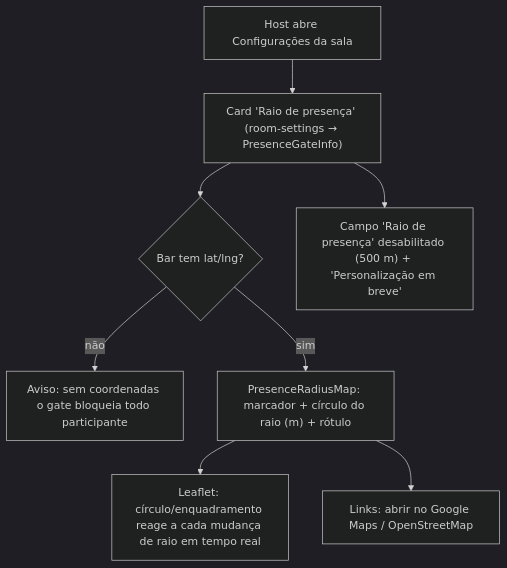
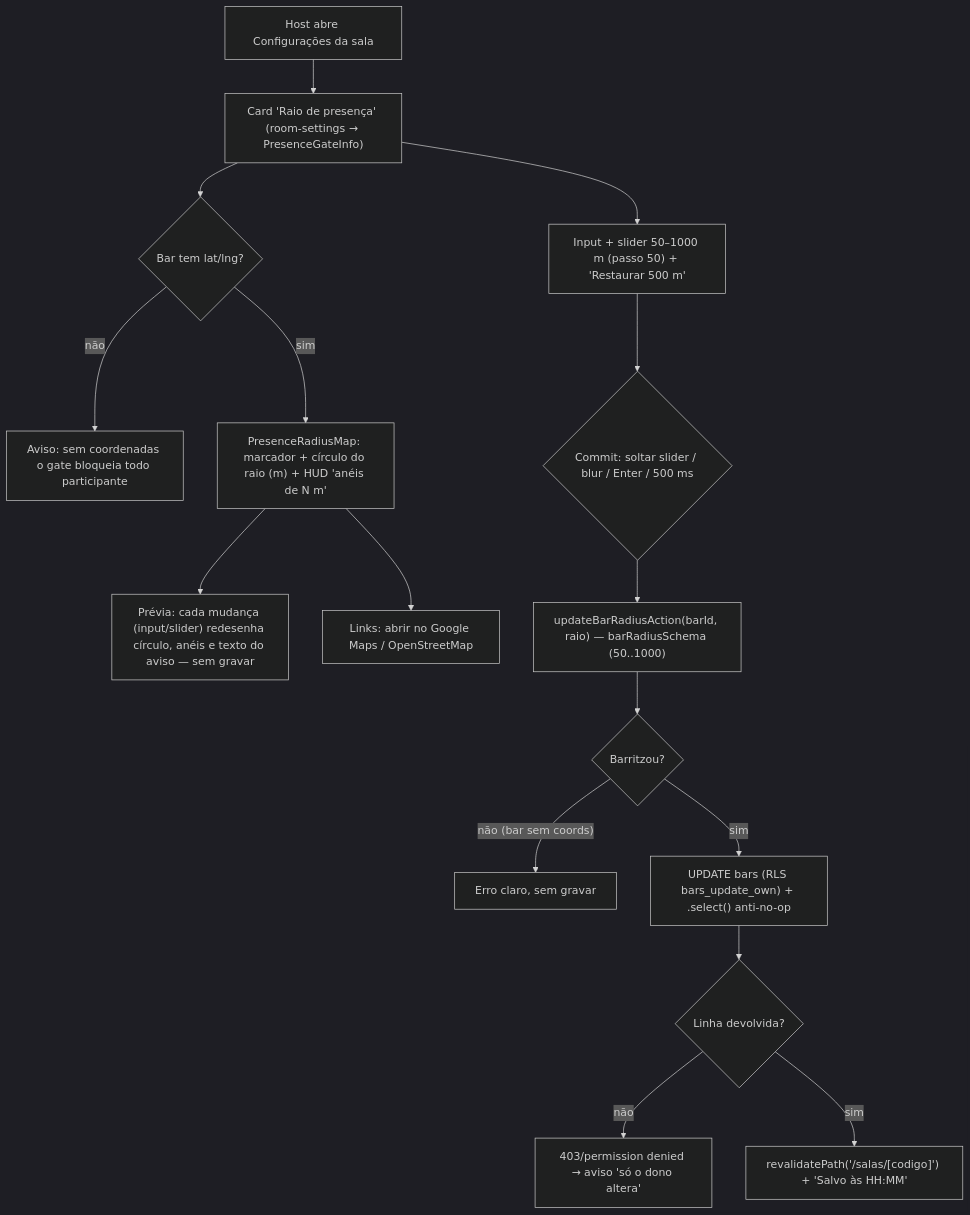
The ninth of 16 diagrams in docs/flows/fluxos-do-sistema.md (cavalcanteprofissional/karaoke-flow), drawn with Mermaid (dark theme) before and after one commit. The commit also changed other lines of this file and 18 other files, not shown here.

First line of the commit message:
feat: raio de presença configurável pelo host + HUD/anéis animados no mapa

````diff
--- a/docs/flows/fluxos-do-sistema.md
+++ b/docs/flows/fluxos-do-sistema.md
@@ -176,10 +176,18 @@
 ```mermaid
 flowchart TD
     A["Host abre Configurações da sala"] --> B["Card 'Raio de presença' (room-settings → PresenceGateInfo)"]
     B --> C{"Bar tem lat/lng?"}
     C -->|não| C1["Aviso: sem coordenadas o gate bloqueia todo participante"]
-    C -->|sim| D["PresenceRadiusMap: marcador + círculo do raio (m) + rótulo"]
-    D --> D1["Leaflet: círculo/enquadramento reage a cada mudança de raio em tempo real"]
-    B --> E["Campo 'Raio de presença' desabilitado (500 m) + 'Personalização em breve'"]
-    D --> F["Links: abrir no Google Maps / OpenStreetMap"]
+    C -->|sim| D["PresenceRadiusMap: marcador + círculo do raio (m) + HUD 'anéis de N m'"]
+    D --> D1["Prévia: cada mudança (input/slider) redesenha círculo, anéis e texto do aviso — sem gravar"]
+    B --> E["Input + slider 50–1000 m (passo 50) + 'Restaurar 500 m'"]
+    E --> F{"Commit: soltar slider / blur / Enter / 500 ms"}
+    F --> G["updateBarRadiusAction(barId, raio) — barRadiusSchema (50..1000)"]
+    G --> H{"Barritzou?"}
+    H -->|"não (bar sem coords)"| H1["Erro claro, sem gravar"]
+    H -->|sim| I["UPDATE bars (RLS bars_update_own) + .select() anti-no-op"]
+    I --> J{"Linha devolvida?"}
+    J -->|não| J1["403/permission denied → aviso 'só o dono altera'"]
+    J -->|sim| K["revalidatePath('/salas/[codigo]') + 'Salvo às HH:MM'"]
+    D --> L["Links: abrir no Google Maps / OpenStreetMap"]
 ```
````
